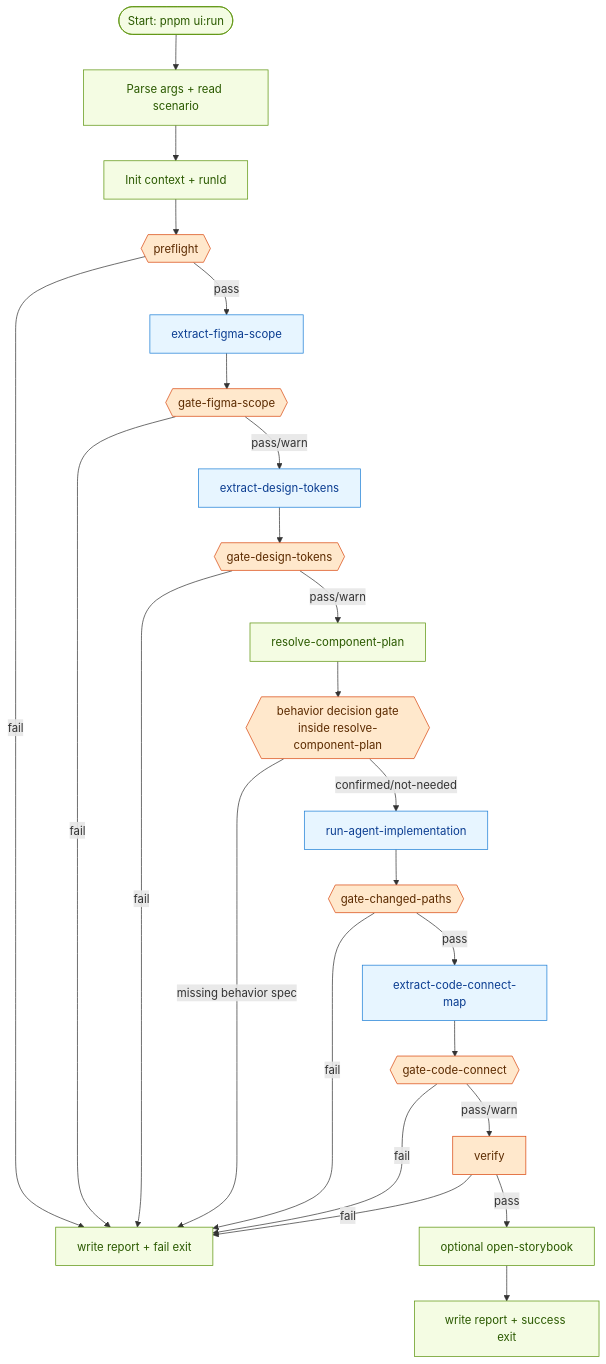
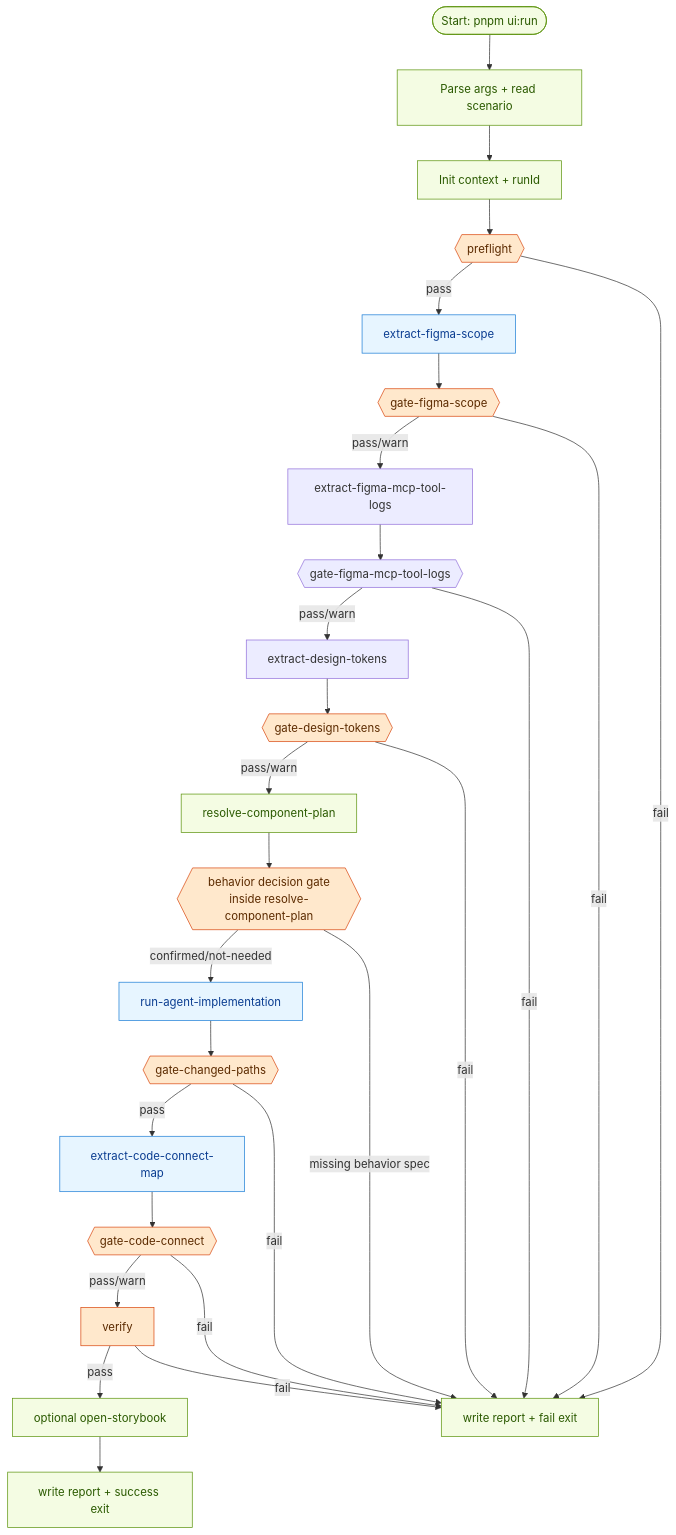
Before and after one commit to TEAM-HOUME/HOUME-CLIENT: the first of 4 diagrams in orchestration/ui-components/README.md, drawn with Mermaid. The commit also changed other lines of this file and 7 other files, not shown here.

````diff
--- a/orchestration/ui-components/README.md
+++ b/orchestration/ui-components/README.md
@@ -62,40 +66,43 @@
 ```mermaid
 flowchart TD
   A([Start: pnpm ui:run]) --> B[Parse args + read scenario]
   B --> C[Init context + runId]
   C --> D{{preflight}}
 
   D -- pass --> E[extract-figma-scope]
   D -- fail --> Z1[write report + fail exit]
 
   E --> F{{gate-figma-scope}}
-  F -- pass/warn --> G[extract-design-tokens]
+  F -- pass/warn --> G0[extract-figma-mcp-tool-logs]
+  G0 --> G1{{gate-figma-mcp-tool-logs}}
+  G1 -- pass/warn --> G[extract-design-tokens]
+  G1 -- fail --> Z1
   F -- fail --> Z1
 
   G --> H{{gate-design-tokens}}
   H -- pass/warn --> I[resolve-component-plan]
   H -- fail --> Z1
 
   I --> J{{behavior decision gate<br/>inside resolve-component-plan}}
   J -- confirmed/not-needed --> K[run-agent-implementation]
   J -- missing behavior spec --> Z1
 
   K --> L{{gate-changed-paths}}
   L -- pass --> M[extract-code-connect-map]
   L -- fail --> Z1
 
   M --> N{{gate-code-connect}}
   N -- pass/warn --> O[verify]
   N -- fail --> Z1
 
   O -- pass --> P[optional open-storybook]
   O -- fail --> Z1
   P --> Q[write report + success exit]
 
   classDef gate fill:#ffe8cc,stroke:#d9480f,color:#5c2b00;
   classDef agent fill:#e7f5ff,stroke:#1c7ed6,color:#0b3d91;
   classDef local fill:#f4fce3,stroke:#5c940d,color:#2b5a00;
   class D,F,H,J,L,N,O gate;
-  class E,G,K,M agent;
+  class E,K,M agent;
   class A,B,C,P,Q,Z1,I local;
 ```
````
